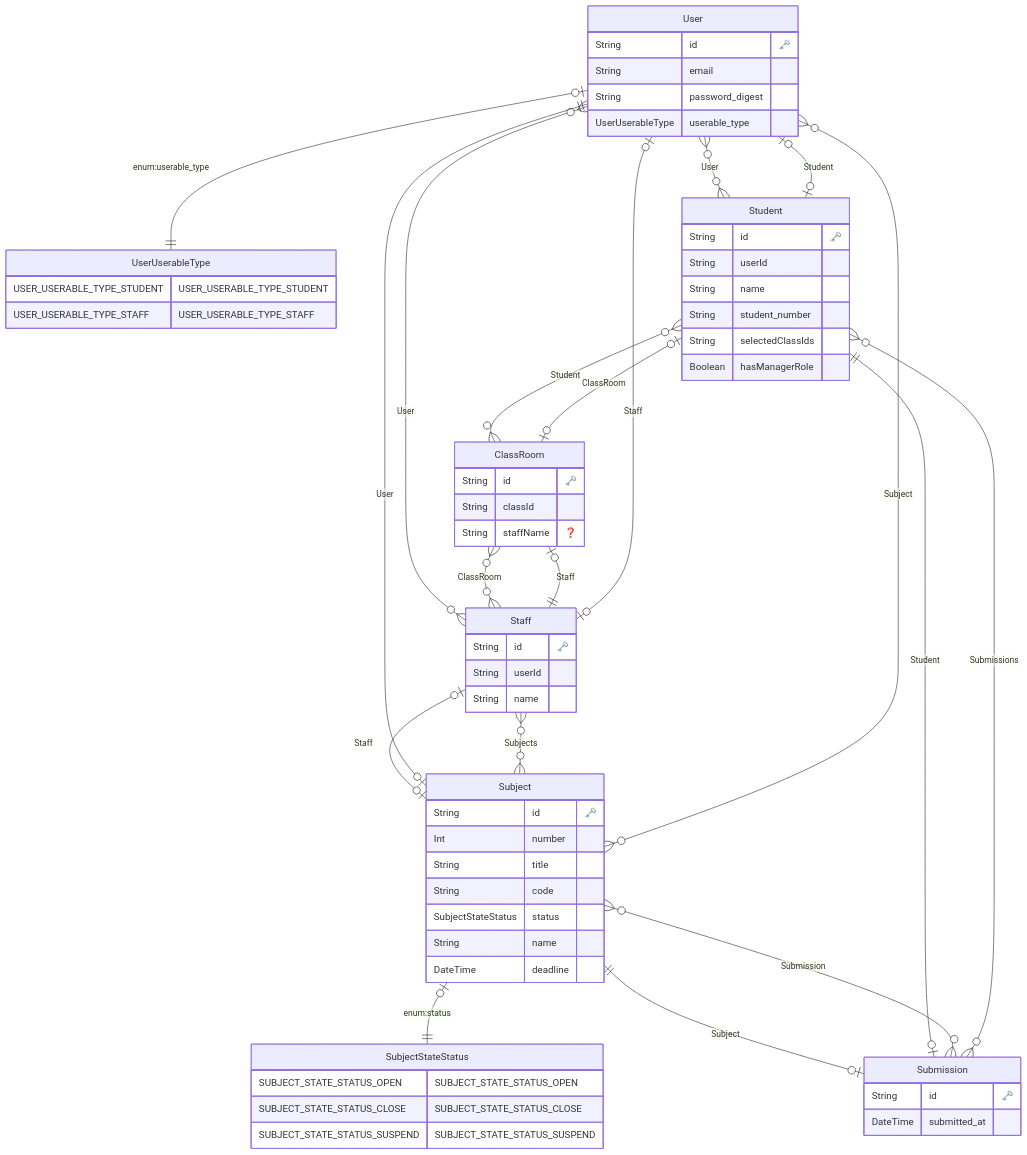
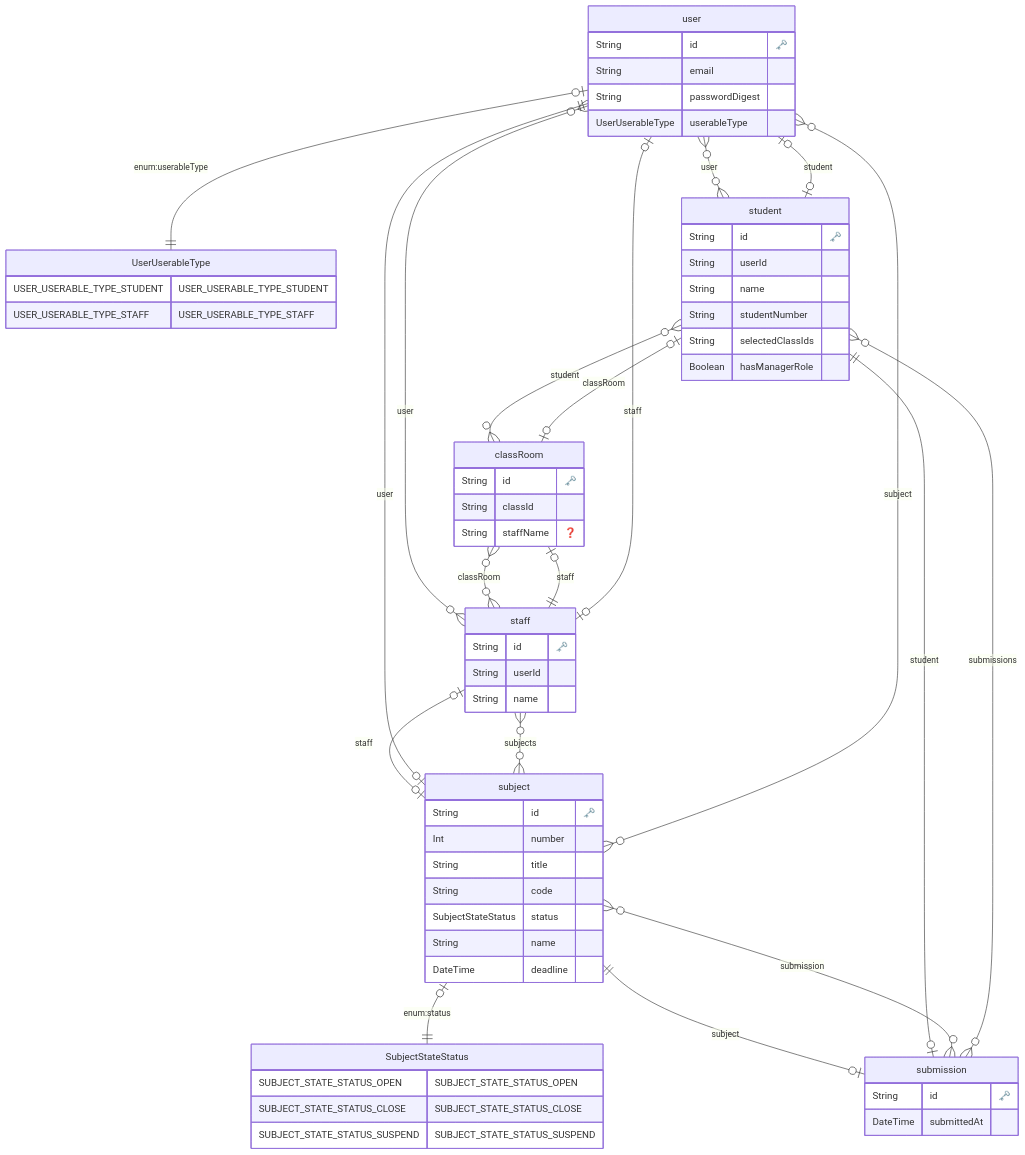
Before and after one commit to na2na-p/-AssignmentManagement: the diagram in packages/backend/prisma/erd.md, drawn with Mermaid. The commit also changed 16 other files, not shown here.

````diff
--- a/packages/backend/prisma/erd.md
+++ b/packages/backend/prisma/erd.md
@@ -14,39 +14,39 @@
 SUBJECT_STATE_STATUS_SUSPEND SUBJECT_STATE_STATUS_SUSPEND
         }
     
-  "User" {
+  "user" {
     String id "🗝️"
     String email 
-    String password_digest 
-    UserUserableType userable_type 
+    String passwordDigest 
+    UserUserableType userableType 
     }
   
 
-  "Student" {
+  "student" {
     String id "🗝️"
     String userId 
     String name 
-    String student_number 
+    String studentNumber 
     String selectedClassIds 
     Boolean hasManagerRole 
     }
   
 
-  "Staff" {
+  "staff" {
     String id "🗝️"
     String userId 
     String name 
     }
   
 
-  "ClassRoom" {
+  "classRoom" {
     String id "🗝️"
     String classId 
     String staffName "❓"
     }
   
 
-  "Subject" {
+  "subject" {
     String id "🗝️"
     Int number 
     String title 
@@ -57,27 +57,27 @@
     }
   
 
-  "Submission" {
+  "submission" {
     String id "🗝️"
-    DateTime submitted_at 
+    DateTime submittedAt 
     }
   
-    "User" o|--|| "UserUserableType" : "enum:userable_type"
-    "User" o|--|o "Student" : "Student"
-    "User" o|--|o "Staff" : "Staff"
-    "User" o{--}o "Subject" : "Subject"
-    "Student" o|--|o "ClassRoom" : "ClassRoom"
-    "Student" o{--}o "Submission" : "Submissions"
-    "Student" o{--}o "User" : "User"
-    "Staff" o{--}o "Subject" : "Subjects"
-    "Staff" o{--}o "ClassRoom" : "ClassRoom"
-    "Staff" o{--}o "User" : "User"
-    "ClassRoom" o|--|| "Staff" : "Staff"
-    "ClassRoom" o{--}o "Student" : "Student"
-    "Subject" o|--|| "SubjectStateStatus" : "enum:status"
-    "Subject" o|--|| "User" : "User"
-    "Subject" o{--}o "Submission" : "Submission"
-    "Subject" o|--|o "Staff" : "Staff"
-    "Submission" o|--|| "Student" : "Student"
-    "Submission" o|--|| "Subject" : "Subject"
+    "user" o|--|| "UserUserableType" : "enum:userableType"
+    "user" o|--|o "student" : "student"
+    "user" o|--|o "staff" : "staff"
+    "user" o{--}o "subject" : "subject"
+    "student" o|--|o "classRoom" : "classRoom"
+    "student" o{--}o "submission" : "submissions"
+    "student" o{--}o "user" : "user"
+    "staff" o{--}o "subject" : "subjects"
+    "staff" o{--}o "classRoom" : "classRoom"
+    "staff" o{--}o "user" : "user"
+    "classRoom" o|--|| "staff" : "staff"
+    "classRoom" o{--}o "student" : "student"
+    "subject" o|--|| "SubjectStateStatus" : "enum:status"
+    "subject" o|--|| "user" : "user"
+    "subject" o{--}o "submission" : "submission"
+    "subject" o|--|o "staff" : "staff"
+    "submission" o|--|| "student" : "student"
+    "submission" o|--|| "subject" : "subject"
 ```
````
